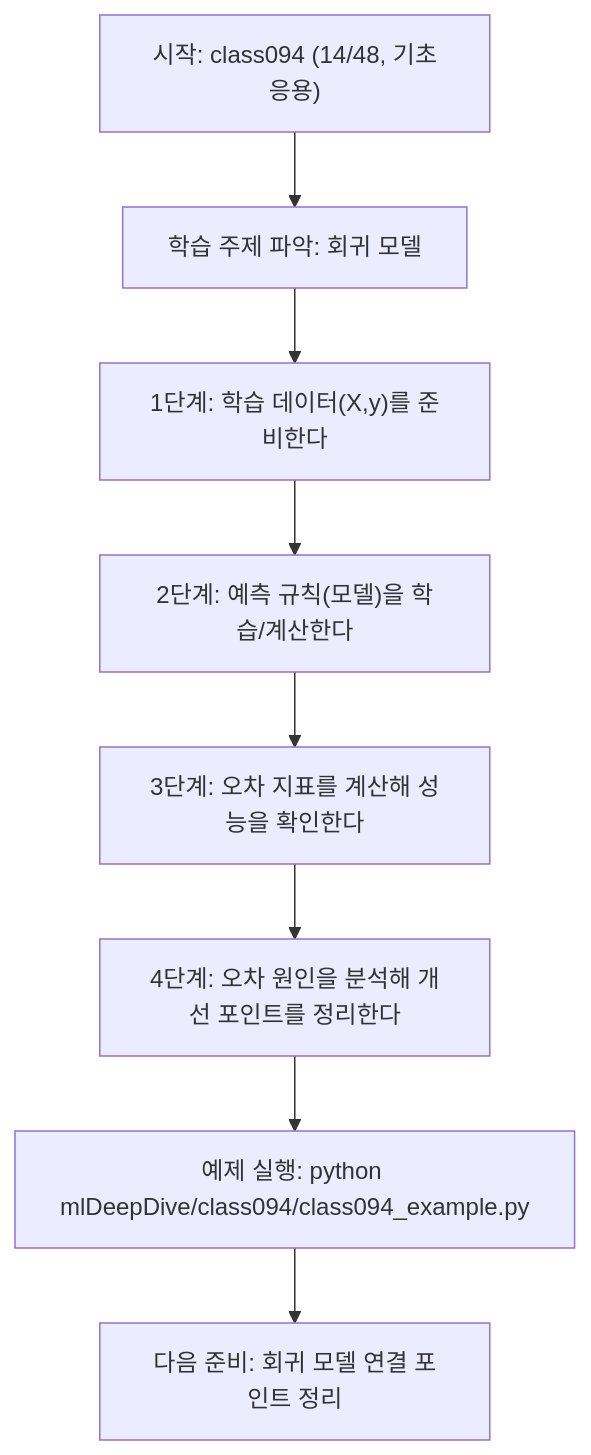
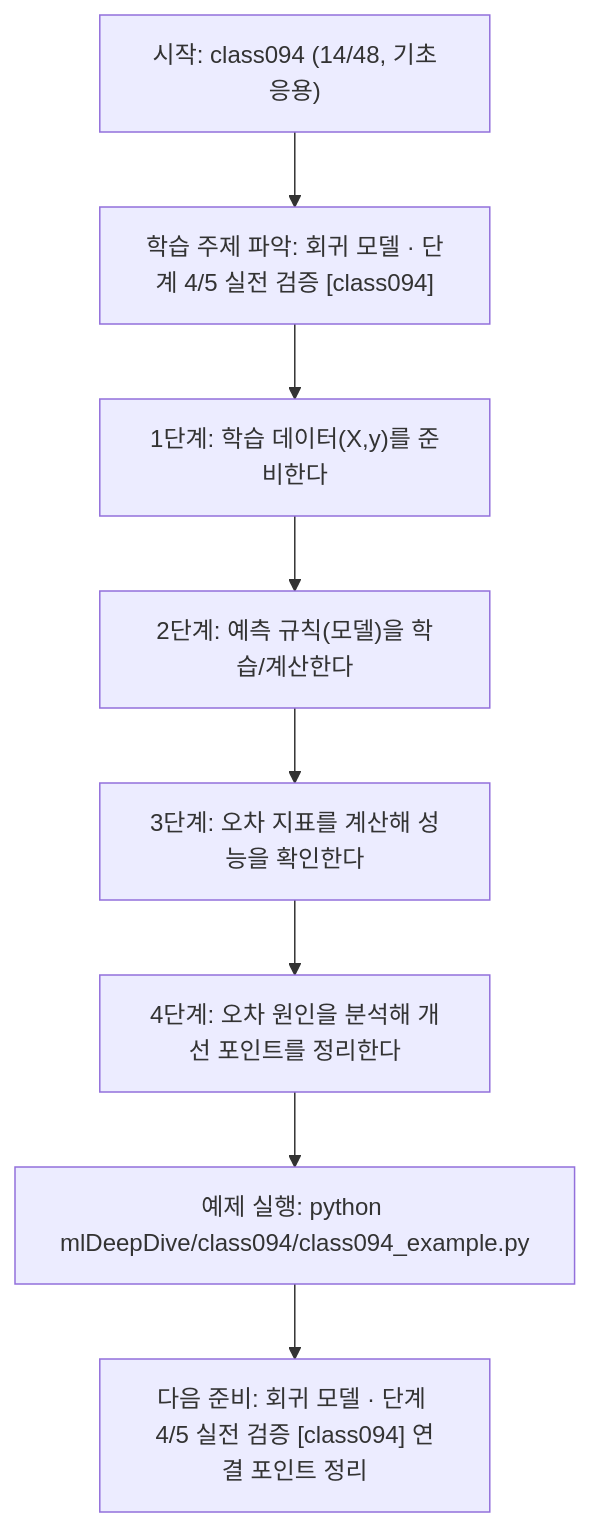
One commit to edumgt/Python-AI_Agent-Class changed the diagram in mlDeepDive/class094/class094.md. Above: the diagram before and after it, drawn with Mermaid. The commit also changed other lines of this file and 522 other files, not shown here.

````diff
--- a/mlDeepDive/class094/class094.md
+++ b/mlDeepDive/class094/class094.md
@@ -108,18 +109,18 @@
 ```mermaid
 flowchart TD
 N1["시작: class094 (14/48, 기초응용)"]
-N2["학습 주제 파악: 회귀 모델"]
+N2["학습 주제 파악: 회귀 모델 · 단계 4/5 실전 검증 [class094]"]
 N3["1단계: 학습 데이터(X,y)를 준비한다"]
 N4["2단계: 예측 규칙(모델)을 학습/계산한다"]
 N5["3단계: 오차 지표를 계산해 성능을 확인한다"]
 N6["4단계: 오차 원인을 분석해 개선 포인트를 정리한다"]
 N7["예제 실행: python mlDeepDive/class094/class094_example.py"]
-N8["다음 준비: 회귀 모델 연결 포인트 정리"]
+N8["다음 준비: 회귀 모델 · 단계 4/5 실전 검증 [class094] 연결 포인트 정리"]
 N1 --> N2
 N2 --> N3
 N3 --> N4
 N4 --> N5
 N5 --> N6
 N6 --> N7
 N7 --> N8
 ```
````
